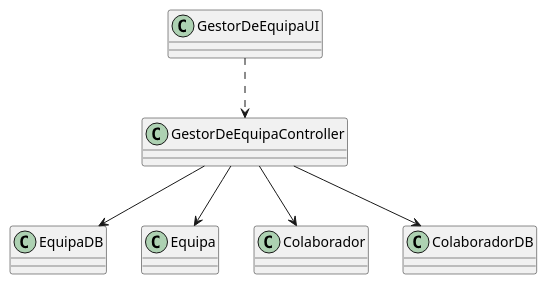
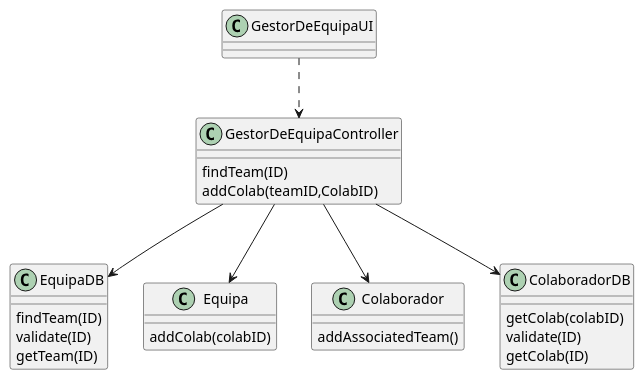
One commit to pedrolemos4/LAPR4 changed the diagram in docs/US2053_AssociarRemoverColaboradorAEquipa/CD.puml. Above: the diagram before and after it, drawn with PlantUML.

Commit message:
LEI2DI04-9 #close#comment Update CD.puml

```diff
--- a/docs/US2053_AssociarRemoverColaboradorAEquipa/CD.puml
+++ b/docs/US2053_AssociarRemoverColaboradorAEquipa/CD.puml
@@ -1,22 +1,37 @@
 @startuml
 
 class GestorDeEquipaUI {}
 
-class GestorDeEquipaController{}
+class GestorDeEquipaController{
+    findTeam(ID)
+    addColab(teamID,ColabID)
+}
 
-class EquipaDB{}
+class EquipaDB{
+    findTeam(ID)
+    validate(ID)
+    getTeam(ID)
+}
 
-class Equipa{}
+class Equipa{
+    addColab(colabID)
+}
 
-class Colaborador{}
+class Colaborador{
+    addAssociatedTeam()
+}
 
-class ColaboradorDB{}
+class ColaboradorDB{
+    getColab(colabID)
+    validate(ID)
+    getColab(ID)
+}
 
 GestorDeEquipaUI .-> GestorDeEquipaController
 GestorDeEquipaController-->EquipaDB
 GestorDeEquipaController-->Equipa
 GestorDeEquipaController-->Colaborador
 GestorDeEquipaController-->ColaboradorDB
 
 
 @enduml
```
